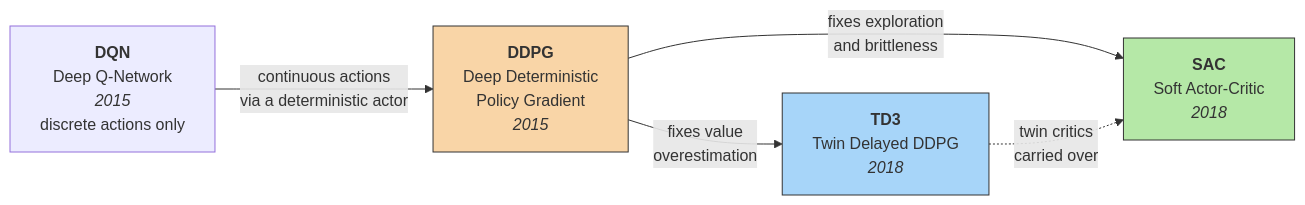
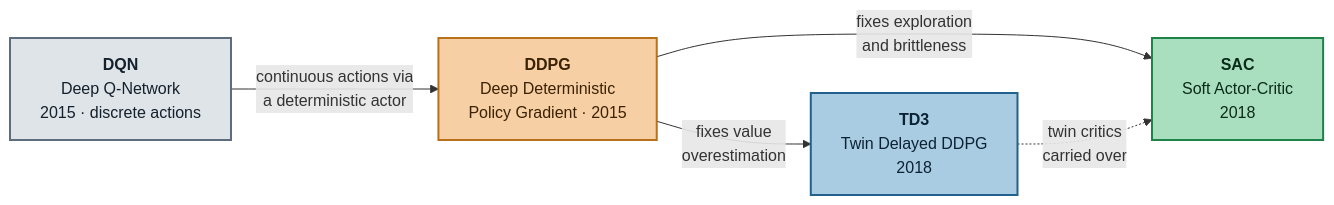
Before and after one commit to FarzanehTatari/farzanehtatari.github.io: the first of 5 diagrams in _posts/2026-08-21-ddpg-td3-sac-lineage.md, drawn with Mermaid. The commit also changed other lines of this file, not shown here.

````diff
--- a/_posts/2026-08-21-ddpg-td3-sac-lineage.md
+++ b/_posts/2026-08-21-ddpg-td3-sac-lineage.md
@@ -39,16 +45,22 @@
 ```mermaid
 graph LR
-    DQN["<b>DQN</b><br/>Deep Q-Network<br/><i>2015</i><br/>discrete actions only"]
-    DDPG["<b>DDPG</b><br/>Deep Deterministic<br/>Policy Gradient<br/><i>2015</i>"]
-    TD3["<b>TD3</b><br/>Twin Delayed DDPG<br/><i>2018</i>"]
-    SAC["<b>SAC</b><br/>Soft Actor-Critic<br/><i>2018</i>"]
+    DQN["<b>DQN</b><br/>Deep Q-Network<br/>2015 · discrete actions"]
+    DDPG["<b>DDPG</b><br/>Deep Deterministic<br/>Policy Gradient · 2015"]
+    TD3["<b>TD3</b><br/>Twin Delayed DDPG<br/>2018"]
+    SAC["<b>SAC</b><br/>Soft Actor-Critic<br/>2018"]
 
-    DQN -->|"continuous actions<br/>via a deterministic actor"| DDPG
+    DQN -->|"continuous actions via<br/>a deterministic actor"| DDPG
     DDPG -->|"fixes value<br/>overestimation"| TD3
     DDPG -->|"fixes exploration<br/>and brittleness"| SAC
     TD3 -.->|"twin critics<br/>carried over"| SAC
 
-    style DDPG fill:#f9d5a7,stroke:#333
-    style TD3 fill:#a7d5f9,stroke:#333
-    style SAC fill:#b5e8a7,stroke:#333
+    classDef ancestor fill:#dfe4e8,stroke:#5d6d7e,stroke-width:2px,color:#14202b
+    classDef problem  fill:#f7cfa4,stroke:#b9701a,stroke-width:2px,color:#3b2205
+    classDef fixblue  fill:#a9cce3,stroke:#21618c,stroke-width:2px,color:#0b2233
+    classDef fixgreen fill:#a9dfbf,stroke:#1d8348,stroke-width:2px,color:#0a2b18
+
+    class DQN ancestor
+    class DDPG problem
+    class TD3 fixblue
+    class SAC fixgreen
 ```
````
